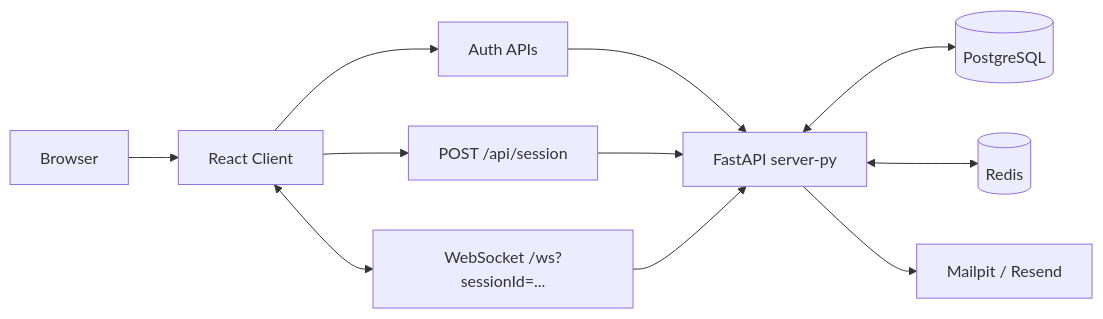
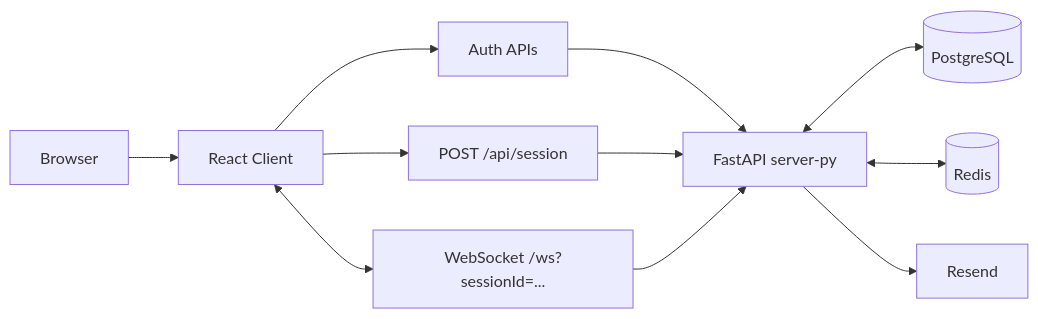
Before and after one commit to BarbieWinter/SKLinkChat: the diagram in ARCHITECTURE.md, drawn with Mermaid. The commit also changed other lines of this file and 13 other files, not shown here.

````diff
--- a/ARCHITECTURE.md
+++ b/ARCHITECTURE.md
@@ -15,13 +15,13 @@
 ```mermaid
 flowchart LR
     A[Browser] --> B[React Client]
     B --> C[Auth APIs]
     B --> D[POST /api/session]
     B <--> E[WebSocket /ws?sessionId=...]
     C --> F[FastAPI server-py]
     D --> F
     E --> F
     F <--> G[(PostgreSQL)]
     F <--> H[(Redis)]
-    F --> I[Mailpit / Resend]
+    F --> I[Resend]
 ```
````
